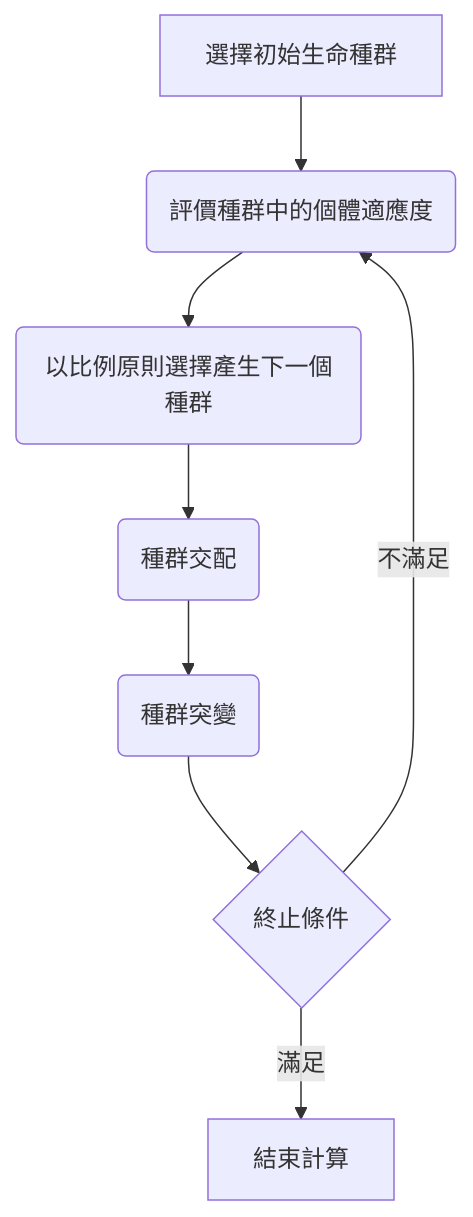
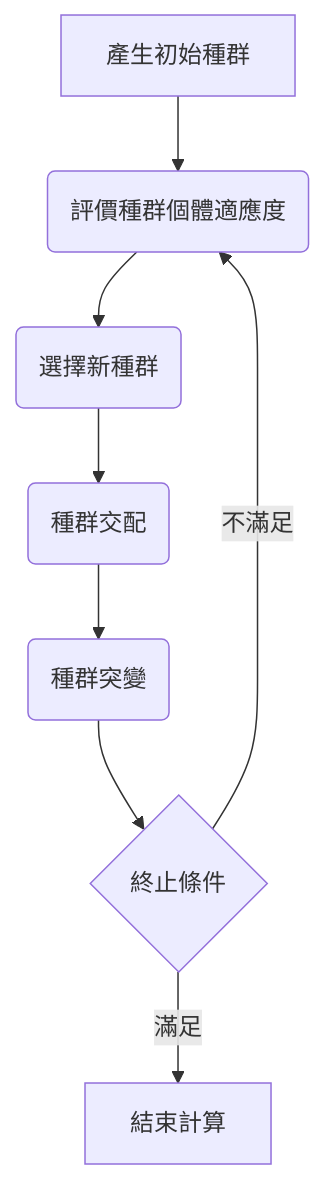
One commit to Imding1211/avarua changed the diagram in README.md. Above: the diagram before and after it, drawn with Mermaid.

````diff
--- a/README.md
+++ b/README.md
@@ -34,10 +34,10 @@
 ```mermaid
 graph TD
-A[選擇初始生命種群] -->B(評價種群中的個體適應度)
-B --> C(以比例原則選擇產生下一個種群)
+A[產生初始種群] -->B(評價種群個體適應度)
+B --> C(選擇新種群)
 C --> D(種群交配)
 D --> E(種群突變)
 E --> F{終止條件}
 F -- 滿足 --> G[結束計算]
 F -- 不滿足 --> B
 ```
````
